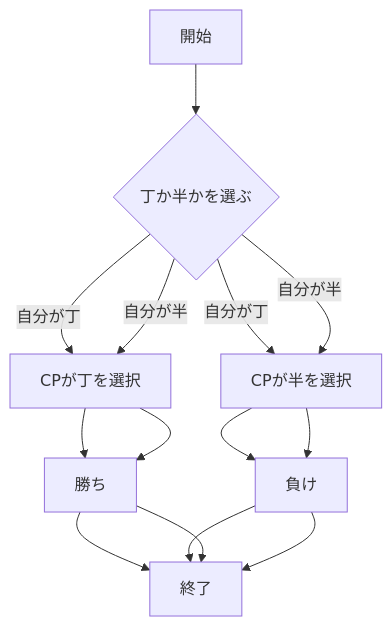
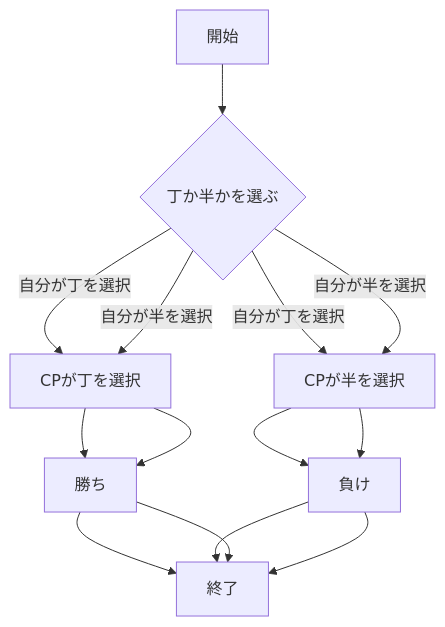
Before and after one commit to km919/webpro_06: the eighth of 8 diagrams in README.md, drawn with Mermaid.

Commit message:
11/18の13:31に編集済

````diff
--- a/README.md
+++ b/README.md
@@ -303,15 +303,15 @@
 ```mermaid
 flowchart TD;
 start["開始"];
 end1["終了"]
 if{"丁か半かを選ぶ"}
 start --> if
-if --> |自分が丁|　CPが丁を選択
+if --> |自分が丁を選択|　CPが丁を選択
 CPが丁を選択 --> 勝ち --> end1
-if --> |自分が丁|　CPが半を選択
+if --> |自分が丁を選択|　CPが半を選択
 CPが半を選択 --> 負け --> end1
-if --> |自分が半|　CPが丁を選択
+if --> |自分が半を選択|　CPが丁を選択
 CPが丁を選択 --> 勝ち --> end1
-if --> |自分が半|　CPが半を選択
+if --> |自分が半を選択|　CPが半を選択
 CPが半を選択 --> 負け --> end1
 ```
````
